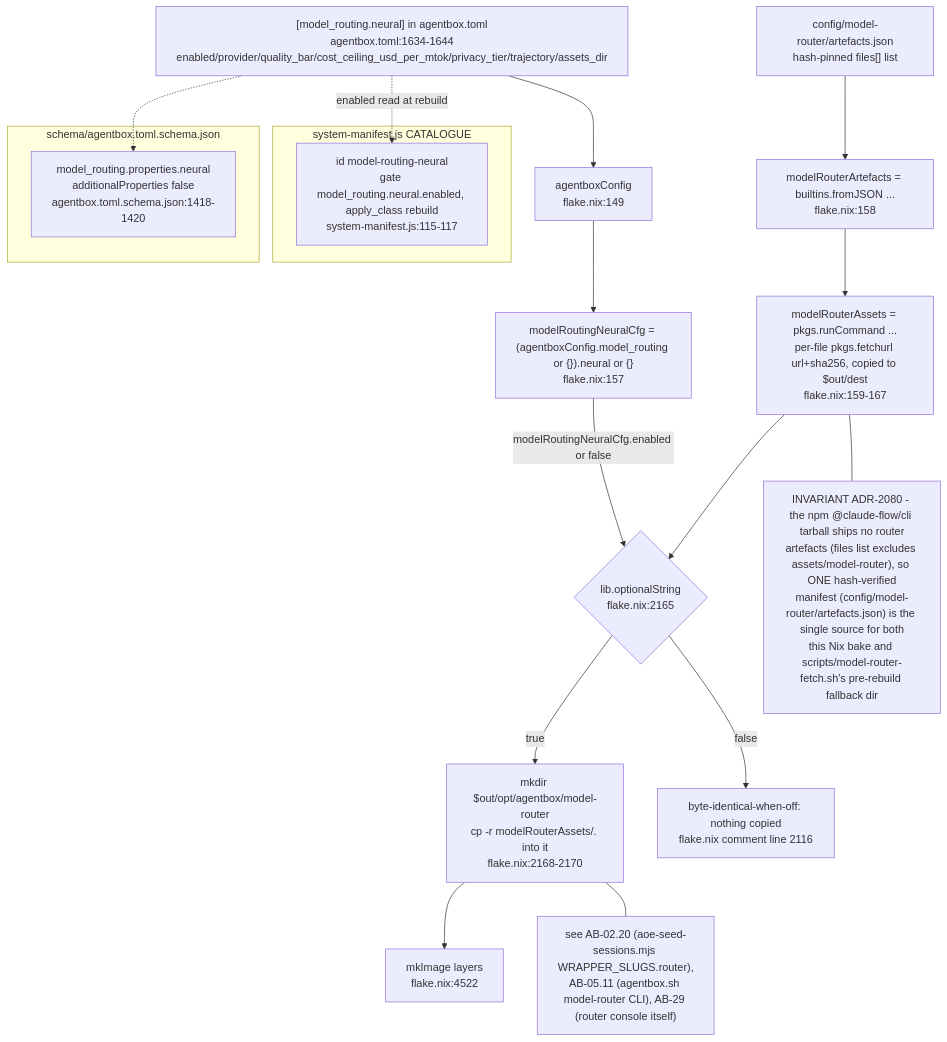
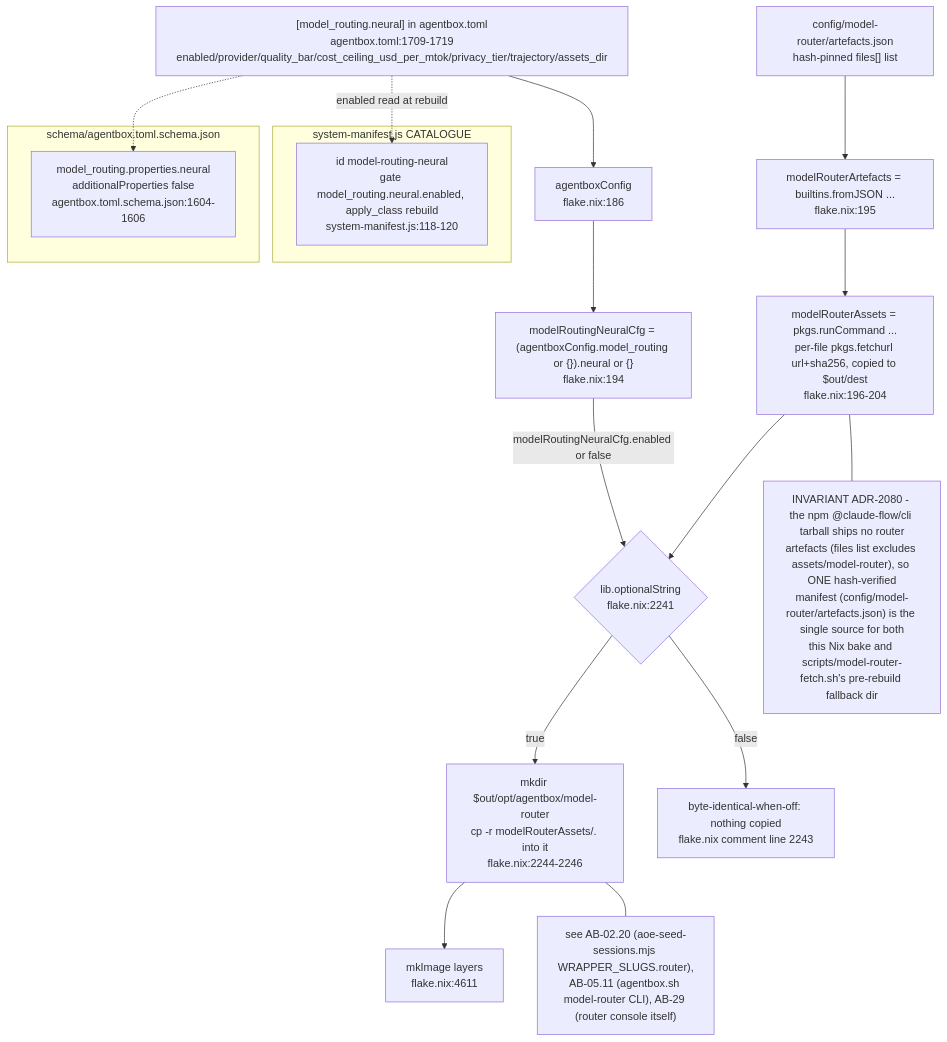
Before and after one commit to DreamLab-AI/VisionFlow: the tenth of 10 diagrams in docs/diagrams/agentbox/01-nix-flake-composition.md, drawn with Mermaid. The commit also changed other lines of this file and 160 other files, not shown here.

````diff
--- a/docs/diagrams/agentbox/01-nix-flake-composition.md
+++ b/docs/diagrams/agentbox/01-nix-flake-composition.md
@@ -458,29 +469,29 @@
 ```mermaid
 flowchart TB
-    TOML2["[model_routing.neural] in agentbox.toml<br/>agentbox.toml:1634-1644<br/>enabled/provider/quality_bar/cost_ceiling_usd_per_mtok/privacy_tier/trajectory/assets_dir"] --> CFG2["agentboxConfig<br/>flake.nix:149"]
-    CFG2 --> MRNCFG["modelRoutingNeuralCfg = (agentboxConfig.model_routing or {}).neural or {}<br/>flake.nix:157"]
-    ARTJSON["config/model-router/artefacts.json<br/>hash-pinned files[] list"] --> MRNFETCH["modelRouterArtefacts = builtins.fromJSON ...<br/>flake.nix:158"]
-    MRNFETCH --> MRNASSETS["modelRouterAssets = pkgs.runCommand ...<br/>per-file pkgs.fetchurl url+sha256, copied to $out/dest<br/>flake.nix:159-167"]
+    TOML2["[model_routing.neural] in agentbox.toml<br/>agentbox.toml:1709-1719<br/>enabled/provider/quality_bar/cost_ceiling_usd_per_mtok/privacy_tier/trajectory/assets_dir"] --> CFG2["agentboxConfig<br/>flake.nix:186"]
+    CFG2 --> MRNCFG["modelRoutingNeuralCfg = (agentboxConfig.model_routing or {}).neural or {}<br/>flake.nix:194"]
+    ARTJSON["config/model-router/artefacts.json<br/>hash-pinned files[] list"] --> MRNFETCH["modelRouterArtefacts = builtins.fromJSON ...<br/>flake.nix:195"]
+    MRNFETCH --> MRNASSETS["modelRouterAssets = pkgs.runCommand ...<br/>per-file pkgs.fetchurl url+sha256, copied to $out/dest<br/>flake.nix:196-204"]
 
-    MRNCFG -->|"modelRoutingNeuralCfg.enabled or false"| GATE{"lib.optionalString<br/>flake.nix:2165"}
+    MRNCFG -->|"modelRoutingNeuralCfg.enabled or false"| GATE{"lib.optionalString<br/>flake.nix:2241"}
     MRNASSETS --> GATE
-    GATE -->|true| BAKE["mkdir $out/opt/agentbox/model-router<br/>cp -r modelRouterAssets/. into it<br/>flake.nix:2168-2170"]
-    GATE -->|false| SKIP["byte-identical-when-off: nothing copied<br/>flake.nix comment line 2116"]
-    BAKE --> ALLPKG2["mkImage layers<br/>flake.nix:4522"]
+    GATE -->|true| BAKE["mkdir $out/opt/agentbox/model-router<br/>cp -r modelRouterAssets/. into it<br/>flake.nix:2244-2246"]
+    GATE -->|false| SKIP["byte-identical-when-off: nothing copied<br/>flake.nix comment line 2243"]
+    BAKE --> ALLPKG2["mkImage layers<br/>flake.nix:4611"]
 
     subgraph MANIFEST2["system-manifest.js CATALOGUE"]
-        MRNENTRY["id model-routing-neural<br/>gate model_routing.neural.enabled, apply_class rebuild<br/>system-manifest.js:115-117"]
+        MRNENTRY["id model-routing-neural<br/>gate model_routing.neural.enabled, apply_class rebuild<br/>system-manifest.js:118-120"]
     end
     TOML2 -.->|"enabled read at rebuild"| MRNENTRY
 
     subgraph SCHEMA2["schema/agentbox.toml.schema.json"]
-        NEURALSCHEMA["model_routing.properties.neural<br/>additionalProperties false<br/>agentbox.toml.schema.json:1418-1420"]
+        NEURALSCHEMA["model_routing.properties.neural<br/>additionalProperties false<br/>agentbox.toml.schema.json:1604-1606"]
     end
     TOML2 -.-> NEURALSCHEMA
 
     NOTE1["INVARIANT ADR-2080 - the npm @claude-flow/cli tarball ships no router<br/>artefacts (files list excludes assets/model-router), so ONE hash-verified<br/>manifest (config/model-router/artefacts.json) is the single source for both<br/>this Nix bake and scripts/model-router-fetch.sh's pre-rebuild fallback dir"]
     MRNASSETS --- NOTE1
 
     NOTE2["see AB-02.20 (aoe-seed-sessions.mjs WRAPPER_SLUGS.router),<br/>AB-05.11 (agentbox.sh model-router CLI), AB-29 (router console itself)"]
     BAKE --- NOTE2
 ```
````
